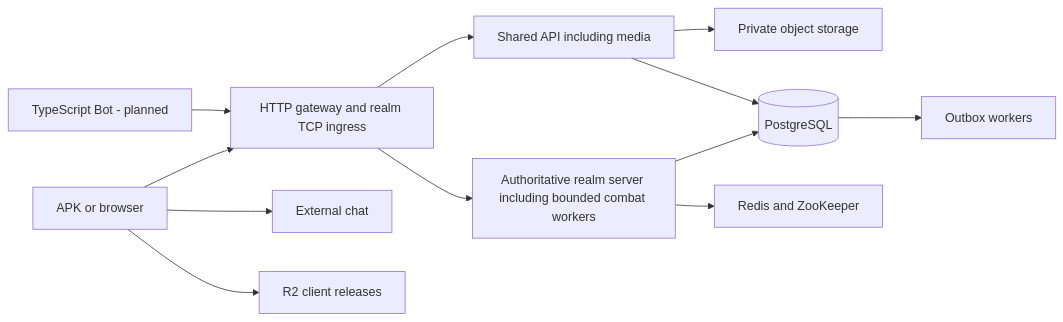
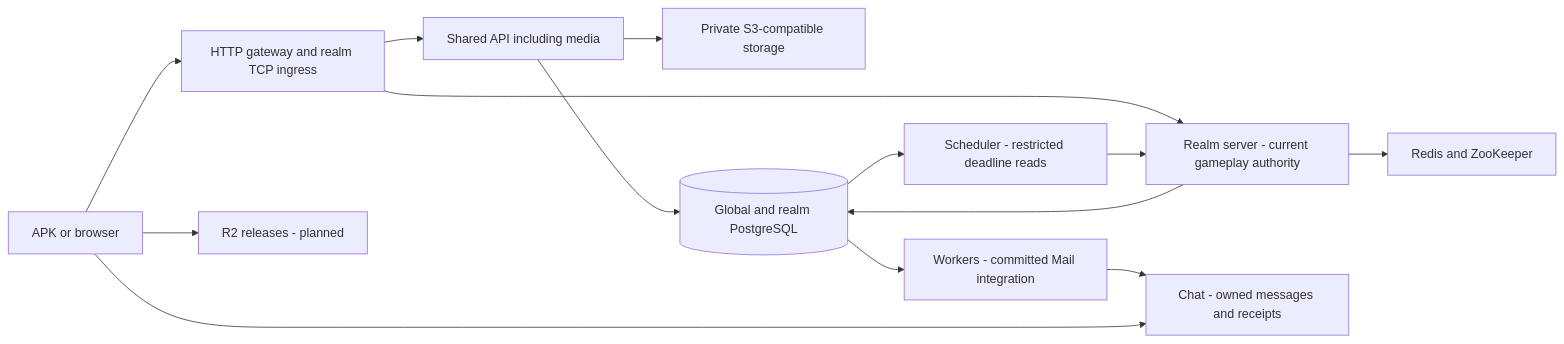
One commit to ReeseArch64/opencok changed the diagram in .github/ARCHITECTURE.md. Above: the diagram before and after it, drawn with Mermaid. The commit also changed other lines of this file and 3 other files, not shown here.

Commit message:
docs(docs): translate guidance and refresh compact architecture

````diff
--- a/.github/ARCHITECTURE.md
+++ b/.github/ARCHITECTURE.md
@@ -40,14 +17,16 @@
 ```mermaid
 flowchart LR
   client[APK or browser] --> edge[HTTP gateway and realm TCP ingress]
   edge --> api[Shared API including media]
-  edge --> realm[Authoritative realm server including bounded combat workers]
-  api --> objects[Private object storage]
-  api --> pg[(PostgreSQL)]
+  edge --> realm[Realm server - current gameplay authority]
+  api --> objects[Private S3-compatible storage]
+  api --> pg[(Global and realm PostgreSQL)]
   realm --> pg
   realm --> coordination[Redis and ZooKeeper]
-  pg --> outbox[Outbox workers]
-  client --> chat[External chat]
-  bot[TypeScript Bot - planned] --> edge
-  client --> releases[R2 client releases]
+  pg --> scheduler[Scheduler - restricted deadline reads]
+  scheduler --> realm
+  pg --> workers[Workers - committed Mail integration]
+  workers --> chat[Chat - owned messages and receipts]
+  client --> chat
+  client --> releases[R2 releases - planned]
 ```
````
